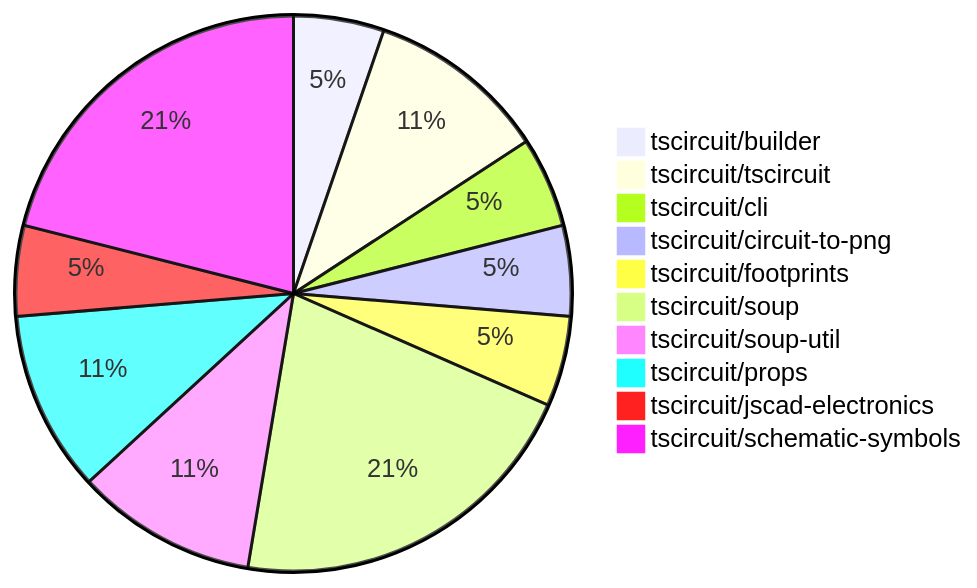
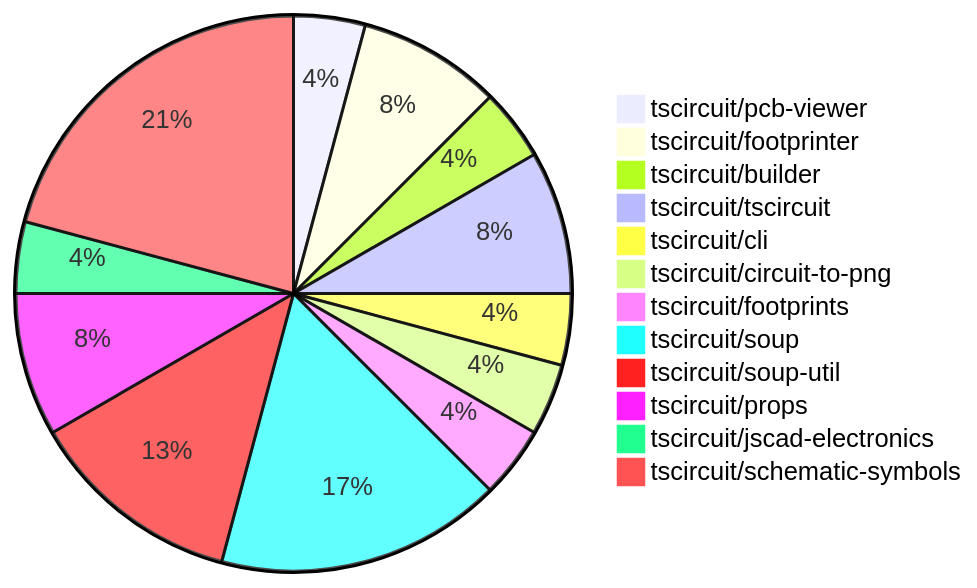
One commit to tscircuit/contribution-tracker changed the diagram in README.md. Above: the diagram before and after it, drawn with Mermaid. The commit also changed other lines of this file and 1 other file, not shown here.

````diff
--- a/README.md
+++ b/README.md
@@ -24,13 +24,15 @@
 ```mermaid
 pie
+    "tscircuit/pcb-viewer" : 1
+    "tscircuit/footprinter" : 2
     "tscircuit/builder" : 1
     "tscircuit/tscircuit" : 2
     "tscircuit/cli" : 1
     "tscircuit/circuit-to-png" : 1
     "tscircuit/footprints" : 1
     "tscircuit/soup" : 4
-    "tscircuit/soup-util" : 2
+    "tscircuit/soup-util" : 3
     "tscircuit/props" : 2
     "tscircuit/jscad-electronics" : 1
-    "tscircuit/schematic-symbols" : 4
+    "tscircuit/schematic-symbols" : 5
 ```
````
